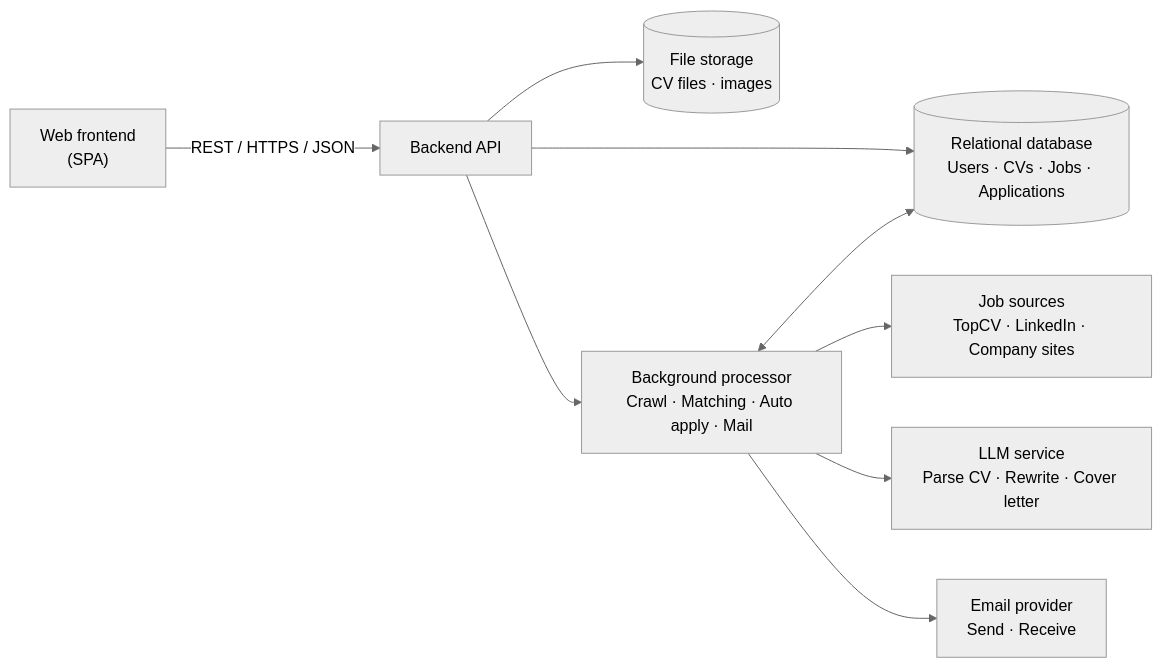
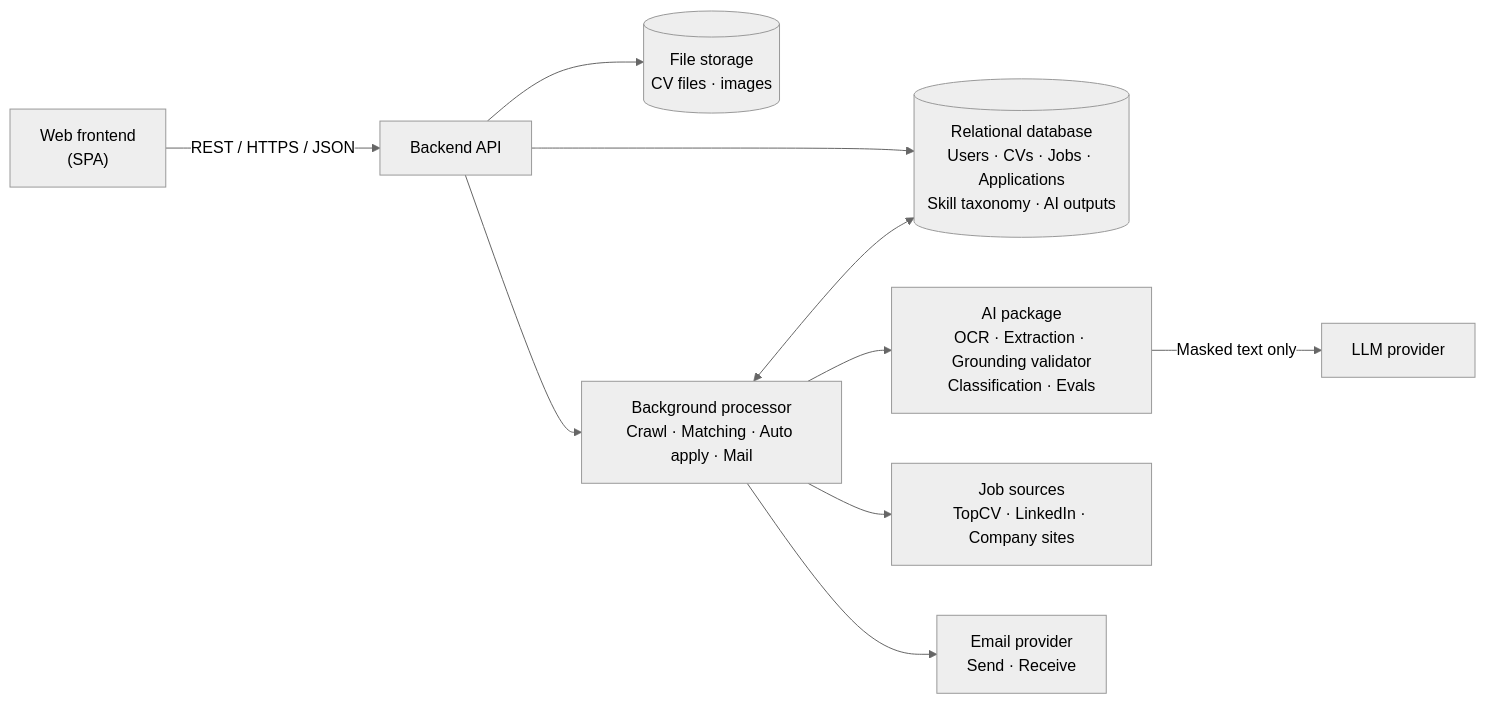
The diagram in docs/01-scope.md (DuykoNgu/auto_apply_jobs), drawn with Mermaid (neutral theme) before and after one commit. The commit also changed other lines of this file and 7 other files, not shown here.

````diff
--- a/docs/01-scope.md
+++ b/docs/01-scope.md
@@ -95,20 +131,22 @@
 ```mermaid
 flowchart LR
     web["Web frontend<br/>(SPA)"]
     api["Backend API"]
-    db[("Relational database<br/>Users · CVs · Jobs · Applications")]
+    db[("Relational database<br/>Users · CVs · Jobs · Applications<br/>Skill taxonomy · AI outputs")]
     files[("File storage<br/>CV files · images")]
     worker["Background processor<br/>Crawl · Matching · Auto apply · Mail"]
-    llm["LLM service<br/>Parse CV · Rewrite · Cover letter"]
+    ai["AI package<br/>OCR · Extraction · Grounding validator<br/>Classification · Evals"]
+    llm["LLM provider"]
     sources["Job sources<br/>TopCV · LinkedIn · Company sites"]
     mail["Email provider<br/>Send · Receive"]
 
     web -->|"REST / HTTPS / JSON"| api
     api --> db
     api --> files
     api --> worker
     worker <--> db
     worker --> sources
-    worker --> llm
+    worker --> ai
+    ai -->|"Masked text only"| llm
     worker --> mail
 ```
````
